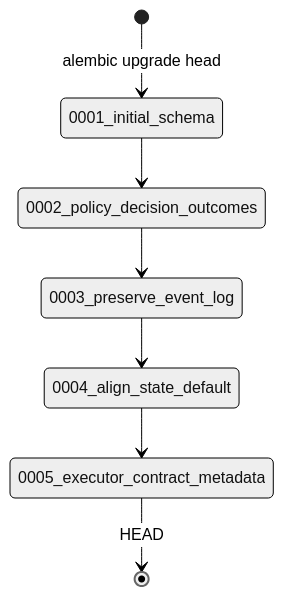
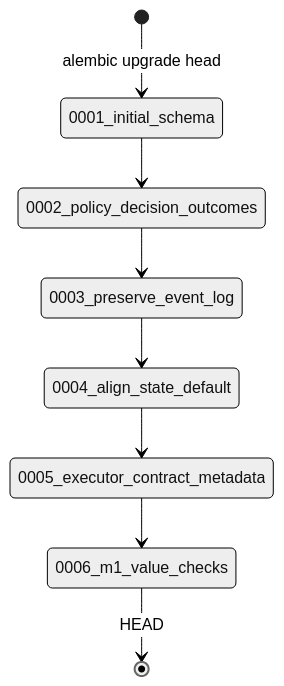
The first of 2 diagrams in docs/codebase/c4-code-backend-alembic-versions.md (NicolayBang/ApplyGo), drawn with Mermaid (neutral theme) before and after one commit. The commit also changed other lines of this file and 13 other files, not shown here.

````diff
--- a/docs/codebase/c4-code-backend-alembic-versions.md
+++ b/docs/codebase/c4-code-backend-alembic-versions.md
@@ -127,9 +151,10 @@
 ```mermaid
 stateDiagram-v2
     [*] --> 0001_initial_schema : alembic upgrade head
     0001_initial_schema --> 0002_policy_decision_outcomes
     0002_policy_decision_outcomes --> 0003_preserve_event_log
     0003_preserve_event_log --> 0004_align_state_default
     0004_align_state_default --> 0005_executor_contract_metadata
-    0005_executor_contract_metadata --> [*] : HEAD
+    0005_executor_contract_metadata --> 0006_m1_value_checks
+    0006_m1_value_checks --> [*] : HEAD
 ```
````
